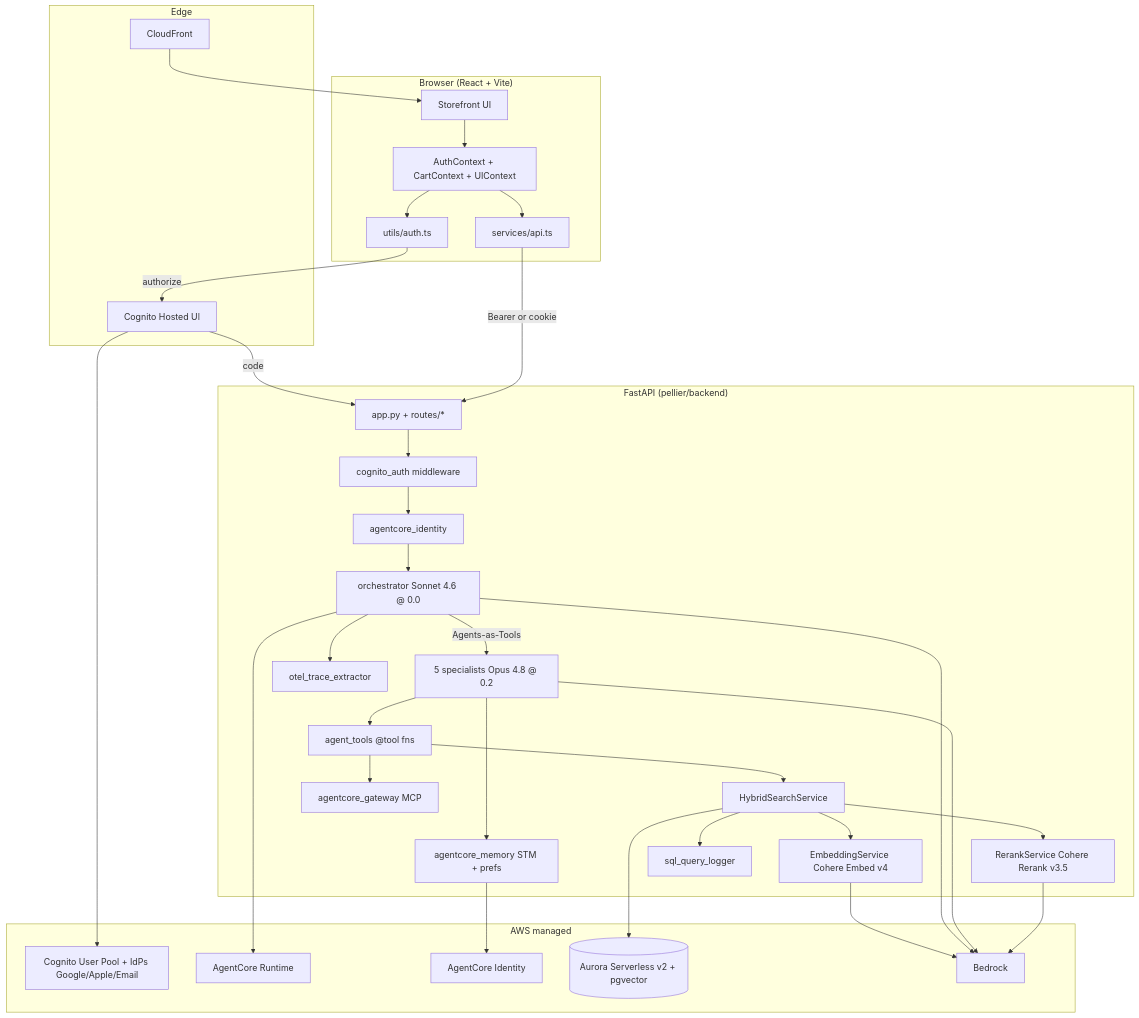
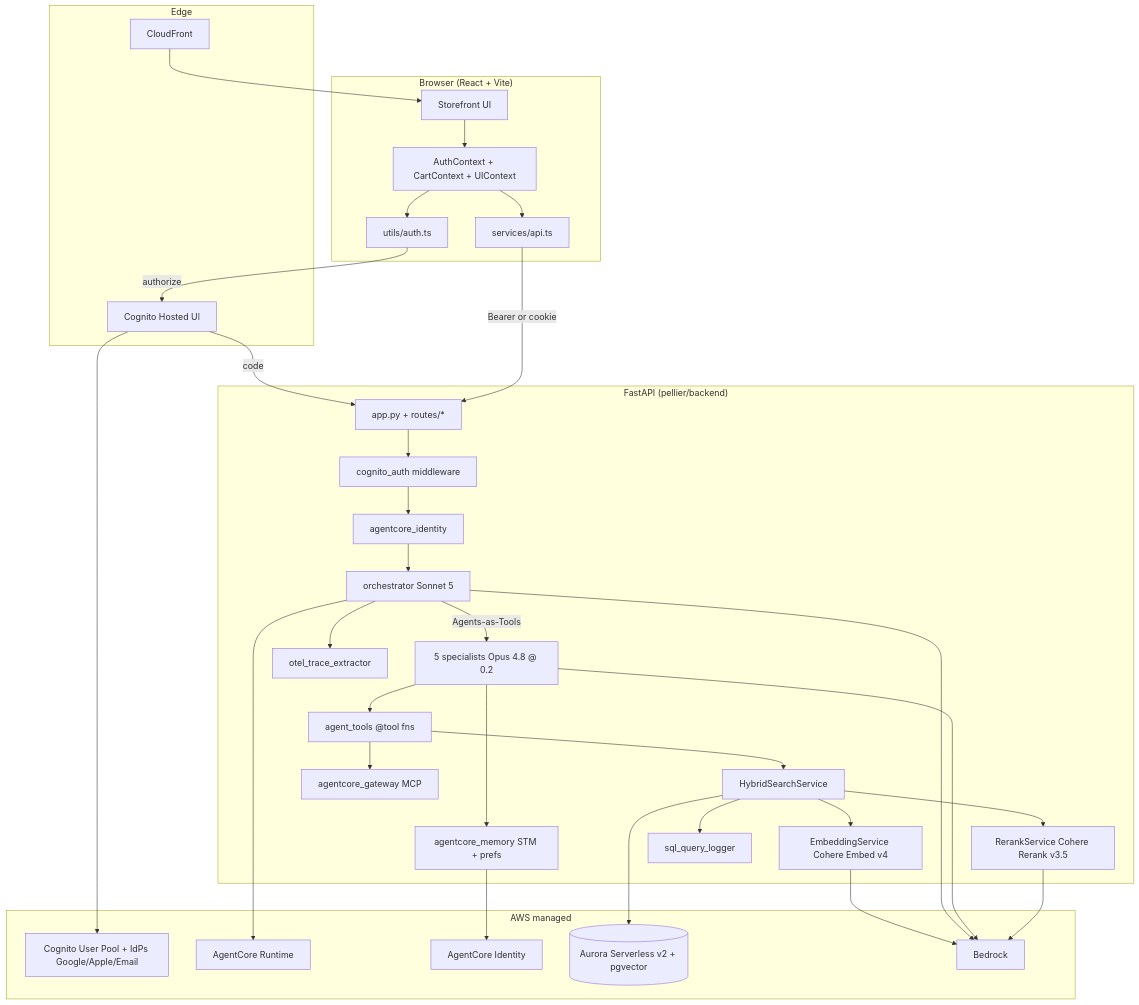
One commit to aws-samples/sample-dat406-build-agentic-ai-powered-search-apg changed the first of 5 diagrams in .kiro/specs/pellier-storefront/design.md. Above: the diagram before and after it, drawn with Mermaid. The commit also changed other lines of this file and 47 other files, not shown here.

````diff
--- a/.kiro/specs/pellier-storefront/design.md
+++ b/.kiro/specs/pellier-storefront/design.md
@@ -32,66 +32,66 @@
 ```mermaid
 graph TB
   subgraph Browser["Browser (React + Vite)"]
     UI[Storefront UI]
     Ctx[AuthContext + CartContext + UIContext]
     API[services/api.ts]
     Auth[utils/auth.ts]
   end
 
   subgraph Edge["Edge"]
     CFN[CloudFront]
     CUI[Cognito Hosted UI]
   end
 
   subgraph Backend["FastAPI (pellier/backend)"]
     APP[app.py + routes/*]
     MW[cognito_auth middleware]
     ACID[agentcore_identity]
-    ORCH[orchestrator Sonnet 4.6 @ 0.0]
+    ORCH[orchestrator Sonnet 5]
     SPEC[5 specialists Opus 4.8 @ 0.2]
     TOOLS[agent_tools @tool fns]
     HS[HybridSearchService]
     EMB[EmbeddingService Cohere Embed v4]
     RR[RerankService Cohere Rerank v3.5]
     MEM[agentcore_memory STM + prefs]
     GW[agentcore_gateway MCP]
     OTEL[otel_trace_extractor]
     SQL[sql_query_logger]
   end
 
   subgraph AWS["AWS managed"]
     COG[Cognito User Pool + IdPs Google/Apple/Email]
     RT[AgentCore Runtime]
     IDS[AgentCore Identity]
     AURORA[(Aurora Serverless v2 + pgvector)]
     BR[Bedrock]
   end
 
   UI --> Ctx
   Ctx --> API
   Ctx --> Auth
   Auth -->|authorize| CUI
   CUI --> COG
   CUI -->|code| APP
   CFN --> UI
 
   API -->|Bearer or cookie| APP
   APP --> MW --> ACID
   ACID --> ORCH
   ORCH -->|Agents-as-Tools| SPEC
   SPEC --> TOOLS
   TOOLS --> HS
   HS --> EMB
   HS --> RR
   HS --> AURORA
   SPEC --> MEM
   ORCH --> RT
   TOOLS --> GW
   ORCH --> OTEL
   HS --> SQL
   MEM --> IDS
   EMB --> BR
   ORCH --> BR
   SPEC --> BR
   RR --> BR
 ```
````
